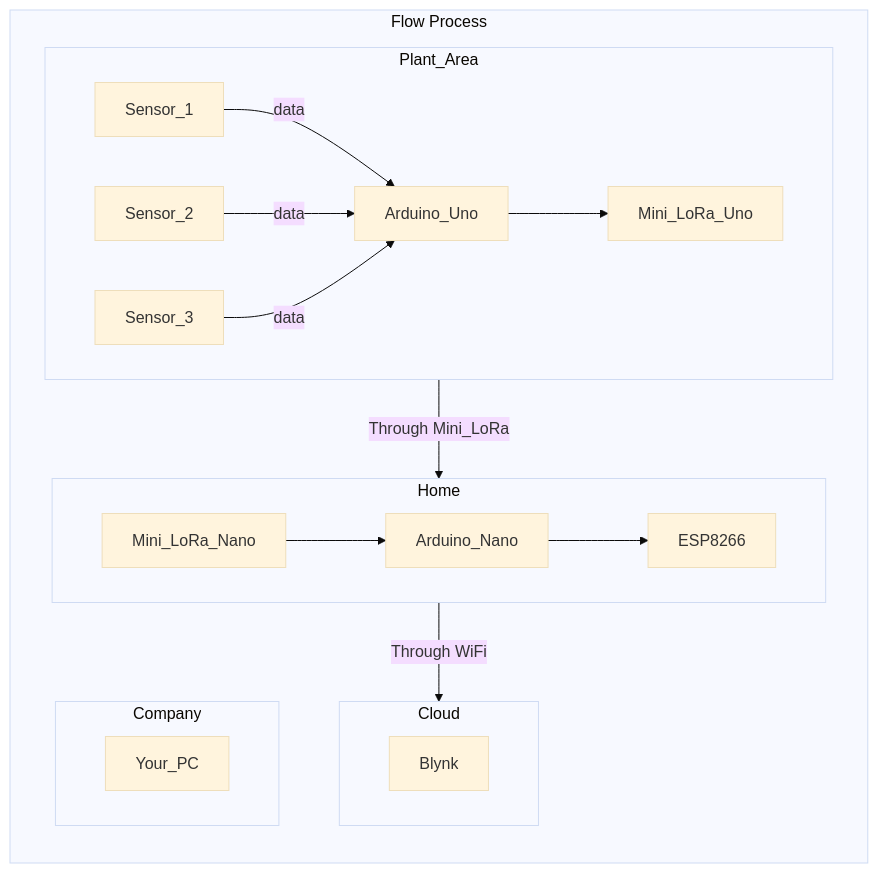
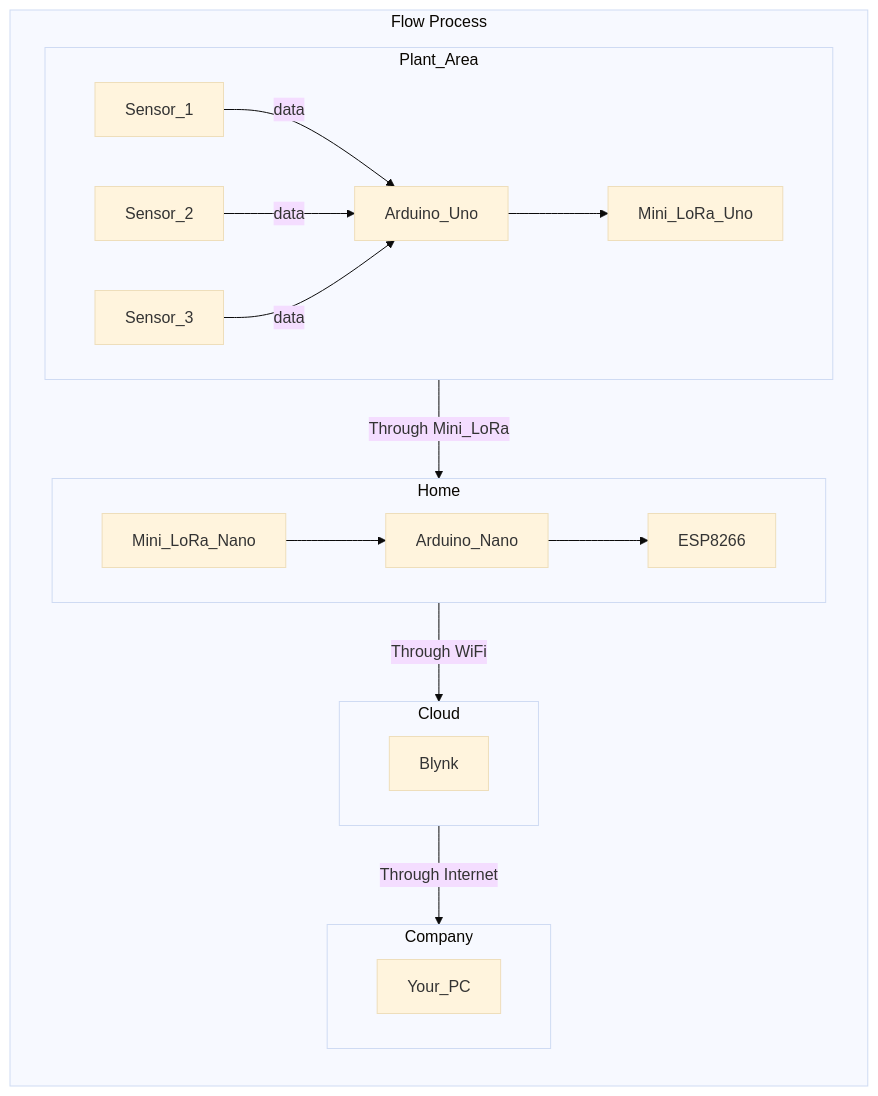
The diagram in README.md (william60302/IoT_Team2), drawn with Mermaid (base theme) before and after one commit.

````diff
--- a/README.md
+++ b/README.md
@@ -34,28 +34,29 @@
 ```mermaid
 flowchart TB
   subgraph Flow Process
     direction TB
     subgraph Plant_Area
         direction LR
         Sensor_1 -- data --> Arduino_Uno
         Sensor_2 -- data --> Arduino_Uno
         Sensor_3 -- data --> Arduino_Uno
         Arduino_Uno --> Mini_LoRa_Uno
     end
     subgraph Home
         direction LR
         Mini_LoRa_Nano --> Arduino_Nano --> ESP8266
     end
     subgraph Cloud
         direction LR
         Blynk
     end
     subgraph Company
         direction LR
         Your_PC
     end
   end
   Plant_Area -- Through Mini_LoRa --> Home
-  Home -- Through WiFi --> Cloud 
+  Home -- Through WiFi --> Cloud
+  Cloud -- Through Internet --> Company
 
 ```
````
